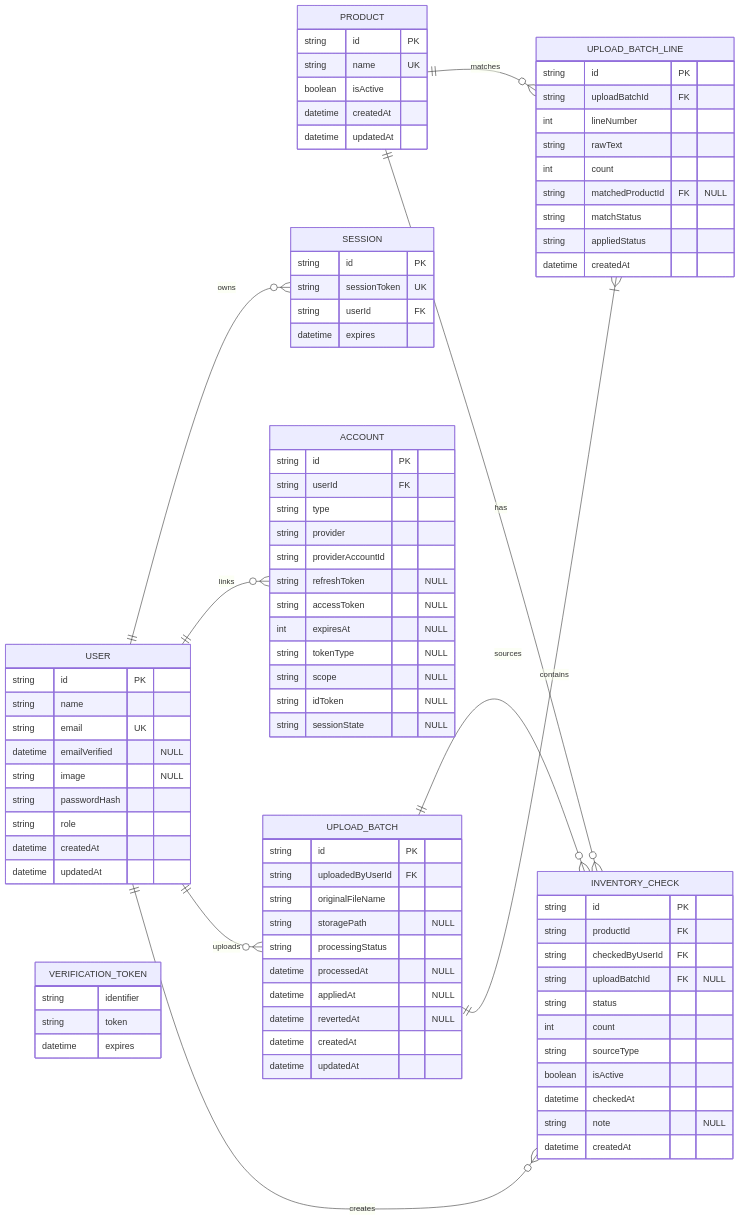
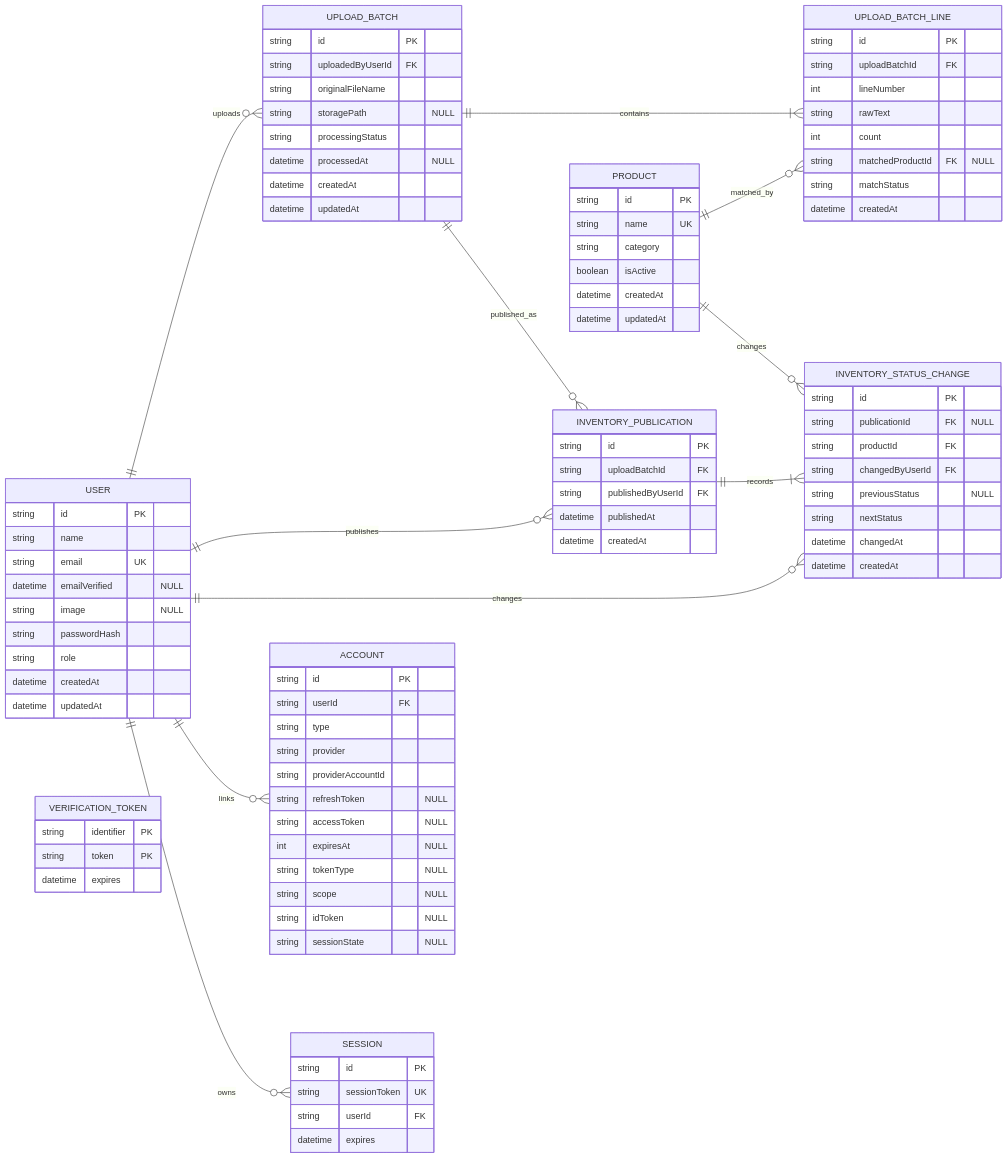
The diagram in docs/inventory_erd/inventory_erd_mermaid.md (KotaOgawa221015/pan-for-play), drawn with Mermaid before and after one commit. The commit also changed other lines of this file and 29 other files, not shown here.

First line of the commit message:
feat: implement inventory publication and status change tracking (#95)

````diff
--- a/docs/inventory_erd/inventory_erd_mermaid.md
+++ b/docs/inventory_erd/inventory_erd_mermaid.md
@@ -10,18 +10,23 @@
 erDiagram
     direction LR
 
-    PRODUCT ||--o{ INVENTORY_CHECK : has
-    USER ||--o{ INVENTORY_CHECK : creates
     USER ||--o{ UPLOAD_BATCH : uploads
+    USER ||--o{ INVENTORY_PUBLICATION : publishes
+    USER ||--o{ INVENTORY_STATUS_CHANGE : changes
     USER ||--o{ ACCOUNT : links
     USER ||--o{ SESSION : owns
+
+    PRODUCT ||--o{ UPLOAD_BATCH_LINE : matched_by
+    PRODUCT ||--o{ INVENTORY_STATUS_CHANGE : changes
+
     UPLOAD_BATCH ||--|{ UPLOAD_BATCH_LINE : contains
-    UPLOAD_BATCH ||--o{ INVENTORY_CHECK : sources
-    PRODUCT ||--o{ UPLOAD_BATCH_LINE : matches
+    UPLOAD_BATCH ||--o{ INVENTORY_PUBLICATION : published_as
+    INVENTORY_PUBLICATION ||--|{ INVENTORY_STATUS_CHANGE : records
 
     PRODUCT {
         string id PK
         string name UK
+        string category
         boolean isActive
         datetime createdAt
         datetime updatedAt
@@ -62,23 +67,9 @@
     }
 
     VERIFICATION_TOKEN {
-        string identifier
-        string token
+        string identifier PK
+        string token PK
         datetime expires
-    }
-
-    INVENTORY_CHECK {
-        string id PK
-        string productId FK
-        string checkedByUserId FK
-        string uploadBatchId FK "NULL"
-        string status
-        int count
-        string sourceType
-        boolean isActive
-        datetime checkedAt
-        string note "NULL"
-        datetime createdAt
     }
 
     UPLOAD_BATCH {
@@ -88,8 +79,6 @@
         string storagePath "NULL"
         string processingStatus
         datetime processedAt "NULL"
-        datetime appliedAt "NULL"
-        datetime revertedAt "NULL"
         datetime createdAt
         datetime updatedAt
     }
@@ -102,7 +91,25 @@
         int count
         string matchedProductId FK "NULL"
         string matchStatus
-        string appliedStatus
+        datetime createdAt
+    }
+
+    INVENTORY_PUBLICATION {
+        string id PK
+        string uploadBatchId FK
+        string publishedByUserId FK
+        datetime publishedAt
+        datetime createdAt
+    }
+
+    INVENTORY_STATUS_CHANGE {
+        string id PK
+        string publicationId FK "NULL"
+        string productId FK
+        string changedByUserId FK
+        string previousStatus "NULL"
+        string nextStatus
+        datetime changedAt
         datetime createdAt
     }
 ```
````
